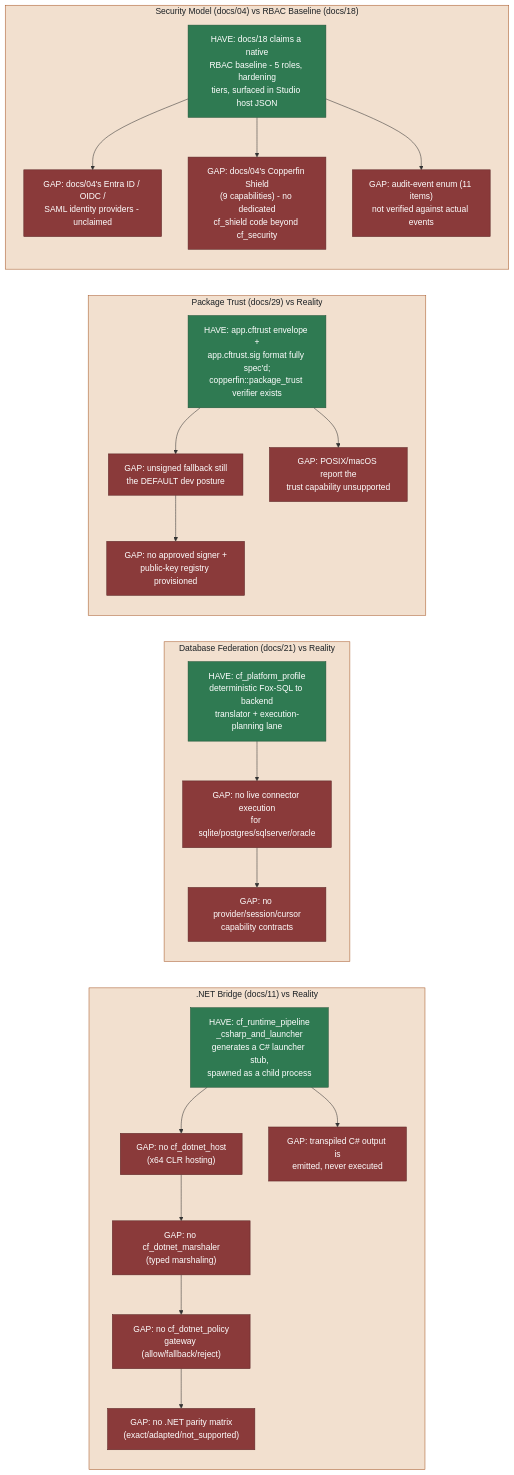
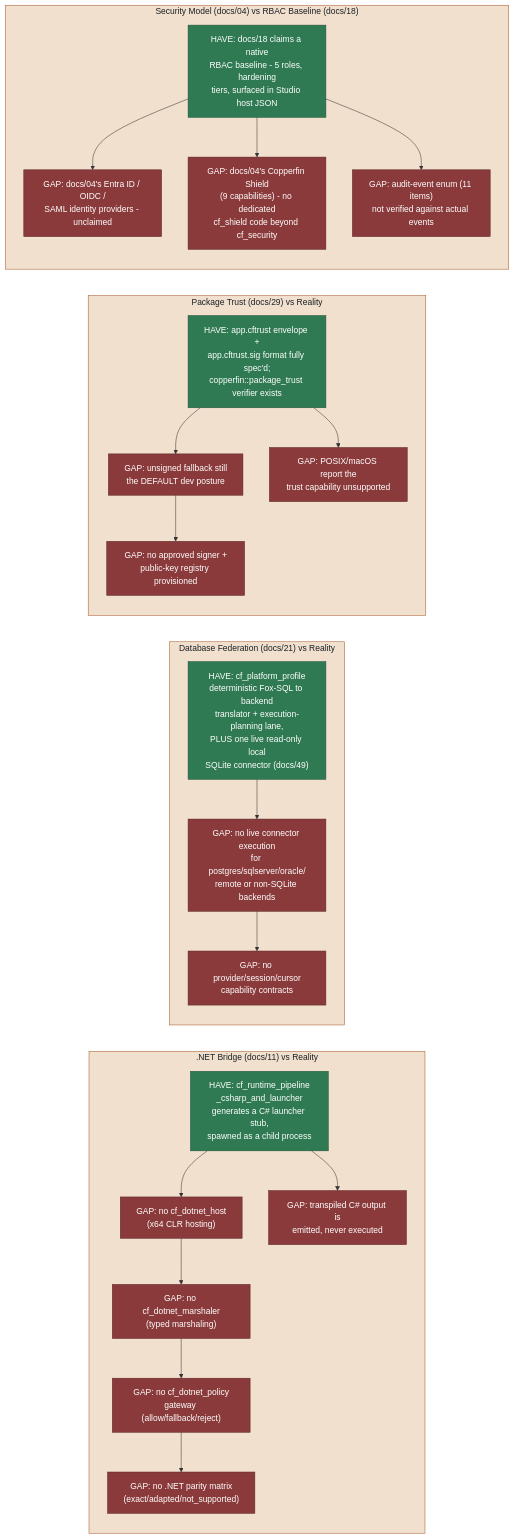
The diagram in docs/diagrams/gap-analysis-interop-federation-trust-security.md (rhamenator/Project-Copperfin), drawn with Mermaid before and after one commit. The commit also changed 2 other files, not shown here.

````diff
--- a/docs/diagrams/gap-analysis-interop-federation-trust-security.md
+++ b/docs/diagrams/gap-analysis-interop-federation-trust-security.md
@@ -9,51 +9,51 @@
 ```mermaid
 flowchart LR
     classDef have fill:#2f7a52,stroke:#1e5136,color:#ffffff,stroke-width:1px;
     classDef gap fill:#8a3a3a,stroke:#5c2626,color:#ffffff,stroke-width:1px;
     classDef lane fill:#f2e0cf,stroke:#a85a2a,color:#1b2024,stroke-width:1px;
 
     subgraph DOTNET[".NET Bridge (docs/11) vs Reality"]
       direction TB
       D_HAVE["HAVE: cf_runtime_pipeline<br/>_csharp_and_launcher<br/>generates a C# launcher stub,<br/>spawned as a child process"]
       D_GAP1["GAP: no cf_dotnet_host<br/>(x64 CLR hosting)"]
       D_GAP2["GAP: no cf_dotnet_marshaler<br/>(typed marshaling)"]
       D_GAP3["GAP: no cf_dotnet_policy<br/>gateway (allow/fallback/reject)"]
       D_GAP4["GAP: no .NET parity matrix<br/>(exact/adapted/not_supported)"]
       D_GAP5["GAP: transpiled C# output is<br/>emitted, never executed"]
       D_HAVE --> D_GAP1 --> D_GAP2 --> D_GAP3 --> D_GAP4
       D_HAVE --> D_GAP5
     end
 
     subgraph FED["Database Federation (docs/21) vs Reality"]
       direction TB
-      F_HAVE["HAVE: cf_platform_profile<br/>deterministic Fox-SQL to backend<br/>translator + execution-planning lane"]
-      F_GAP1["GAP: no live connector execution<br/>for sqlite/postgres/sqlserver/oracle"]
+      F_HAVE["HAVE: cf_platform_profile<br/>deterministic Fox-SQL to backend<br/>translator + execution-planning lane,<br/>PLUS one live read-only local<br/>SQLite connector (docs/49)"]
+      F_GAP1["GAP: no live connector execution<br/>for postgres/sqlserver/oracle/<br/>remote or non-SQLite backends"]
       F_GAP2["GAP: no provider/session/cursor<br/>capability contracts"]
       F_HAVE --> F_GAP1 --> F_GAP2
     end
 
     subgraph TRUST["Package Trust (docs/29) vs Reality"]
       direction TB
       T_HAVE["HAVE: app.cftrust envelope +\napp.cftrust.sig format fully spec'd;\ncopperfin::package_trust verifier exists"]
       T_GAP1["GAP: unsigned fallback still\nthe DEFAULT dev posture"]
       T_GAP2["GAP: no approved signer +\npublic-key registry provisioned"]
       T_GAP3["GAP: POSIX/macOS report the\ntrust capability unsupported"]
       T_HAVE --> T_GAP1 --> T_GAP2
       T_HAVE --> T_GAP3
     end
 
     subgraph SECURITY["Security Model (docs/04) vs RBAC Baseline (docs/18)"]
       direction TB
       S_HAVE["HAVE: docs/18 claims a native\nRBAC baseline - 5 roles, hardening\ntiers, surfaced in Studio host JSON"]
       S_GAP1["GAP: docs/04's Entra ID / OIDC /\nSAML identity providers - unclaimed"]
       S_GAP2["GAP: docs/04's Copperfin Shield\n(9 capabilities) - no dedicated\ncf_shield code beyond cf_security"]
       S_GAP3["GAP: audit-event enum (11 items)\nnot verified against actual events"]
       S_HAVE --> S_GAP1
       S_HAVE --> S_GAP2
       S_HAVE --> S_GAP3
     end
 
     class D_HAVE,F_HAVE,T_HAVE,S_HAVE have;
     class D_GAP1,D_GAP2,D_GAP3,D_GAP4,D_GAP5,F_GAP1,F_GAP2,T_GAP1,T_GAP2,T_GAP3,S_GAP1,S_GAP2,S_GAP3 gap;
     class DOTNET,FED,TRUST,SECURITY lane;
 ```
````
